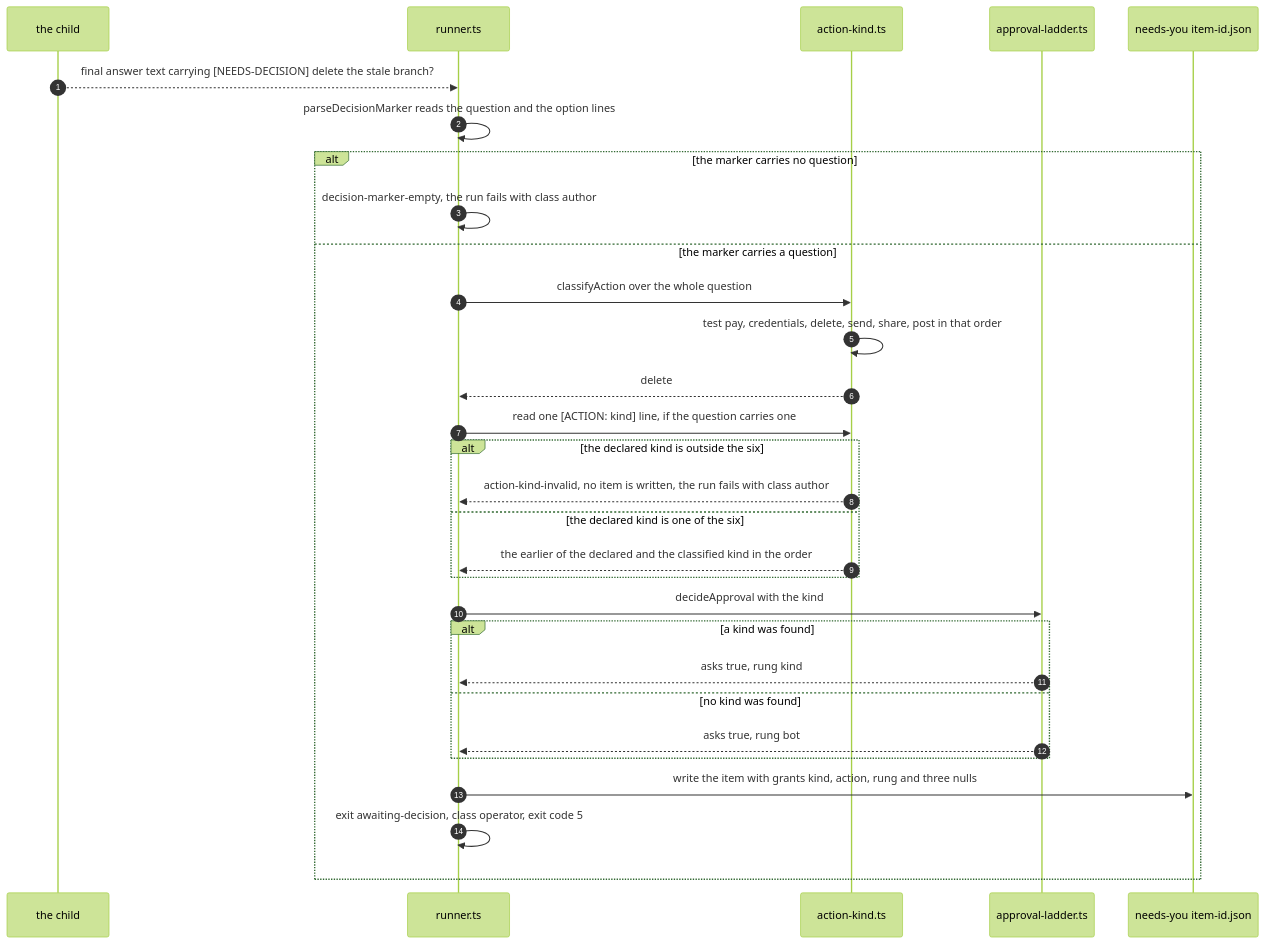
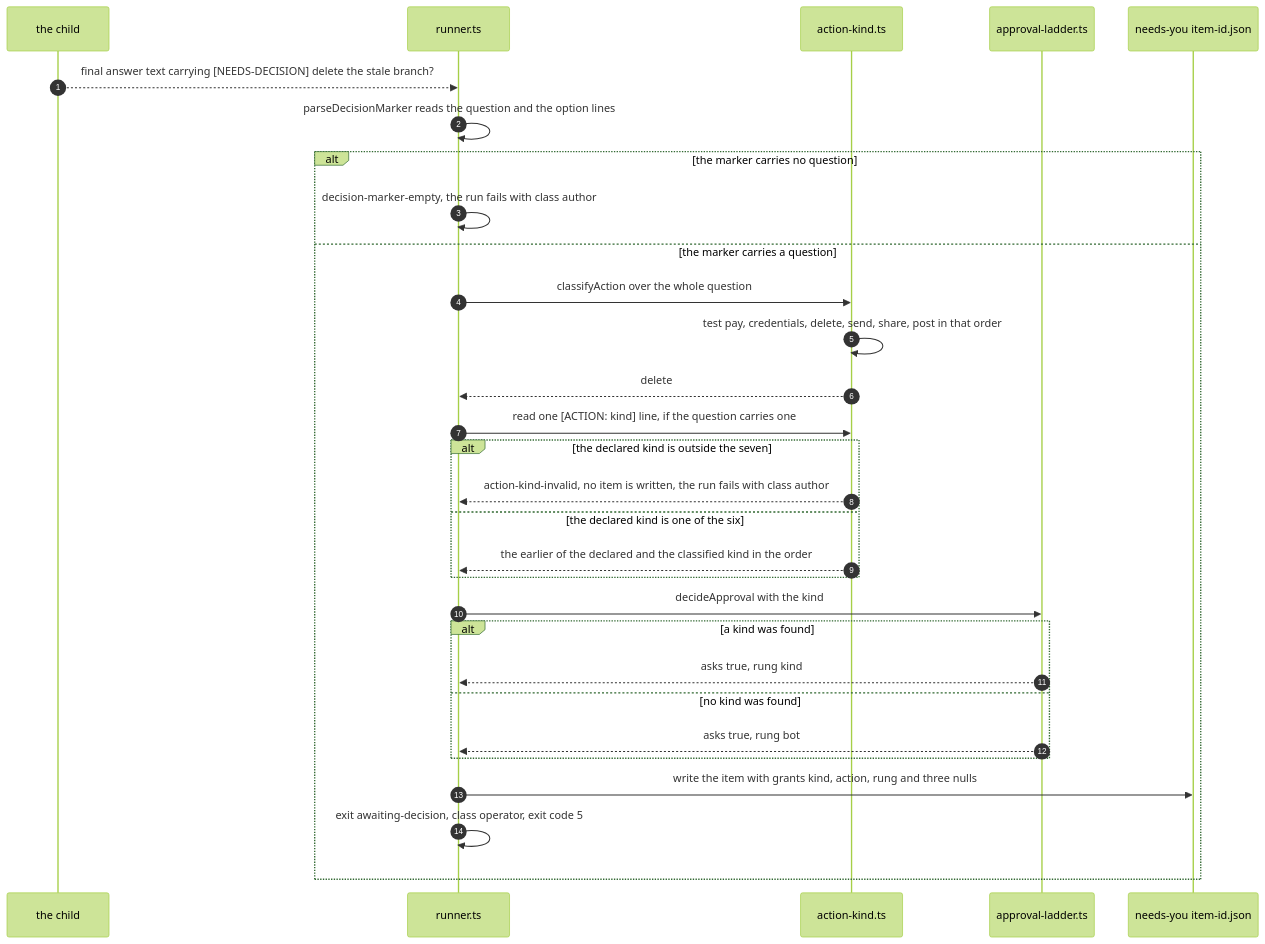
Before and after one commit to MichelKerkmeester/skilled-agent-harness_spec-driven-loops: the fourth of 6 diagrams in specs/system-skilled-bots/003-openbot-parity-build/006-approval-grants/design/state-machines.md, drawn with Mermaid (forest theme). The commit also changed other lines of this file and 91 other files, not shown here.

````diff
--- a/specs/system-skilled-bots/003-openbot-parity-build/006-approval-grants/design/state-machines.md
+++ b/specs/system-skilled-bots/003-openbot-parity-build/006-approval-grants/design/state-machines.md
@@ -181,33 +181,33 @@
 ```mermaid
 sequenceDiagram
   autonumber
   participant Ch as the child
   participant Ru as runner.ts
   participant Ak as action-kind.ts
   participant Al as approval-ladder.ts
   participant It as needs-you item-id.json
 
   Ch-->>Ru: final answer text carrying [NEEDS-DECISION] delete the stale branch?
   Ru->>Ru: parseDecisionMarker reads the question and the option lines
   alt the marker carries no question
     Ru->>Ru: decision-marker-empty, the run fails with class author
   else the marker carries a question
     Ru->>Ak: classifyAction over the whole question
     Ak->>Ak: test pay, credentials, delete, send, share, post in that order
     Ak-->>Ru: delete
     Ru->>Ak: read one [ACTION: kind] line, if the question carries one
-    alt the declared kind is outside the six
+    alt the declared kind is outside the seven
       Ak-->>Ru: action-kind-invalid, no item is written, the run fails with class author
     else the declared kind is one of the six
       Ak-->>Ru: the earlier of the declared and the classified kind in the order
     end
     Ru->>Al: decideApproval with the kind
     alt a kind was found
       Al-->>Ru: asks true, rung kind
     else no kind was found
       Al-->>Ru: asks true, rung bot
     end
     Ru->>It: write the item with grants kind, action, rung and three nulls
     Ru->>Ru: exit awaiting-decision, class operator, exit code 5
   end
 ```
````
